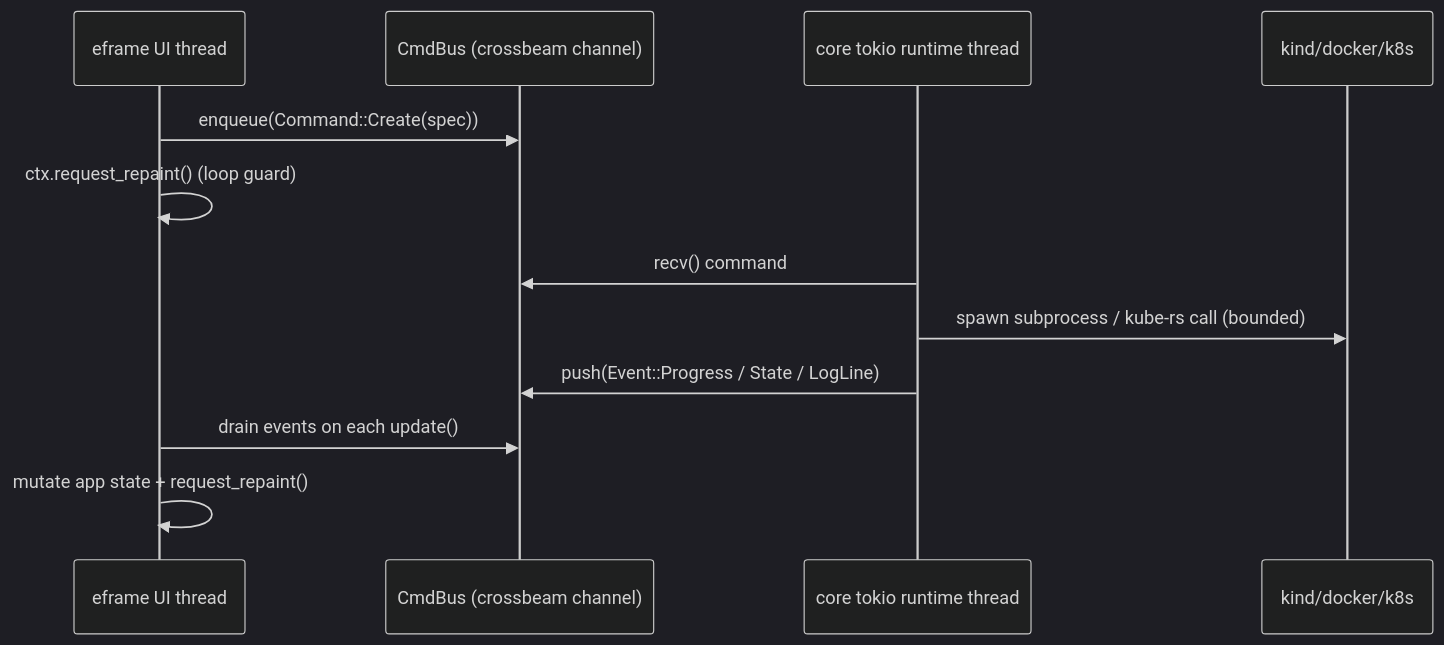
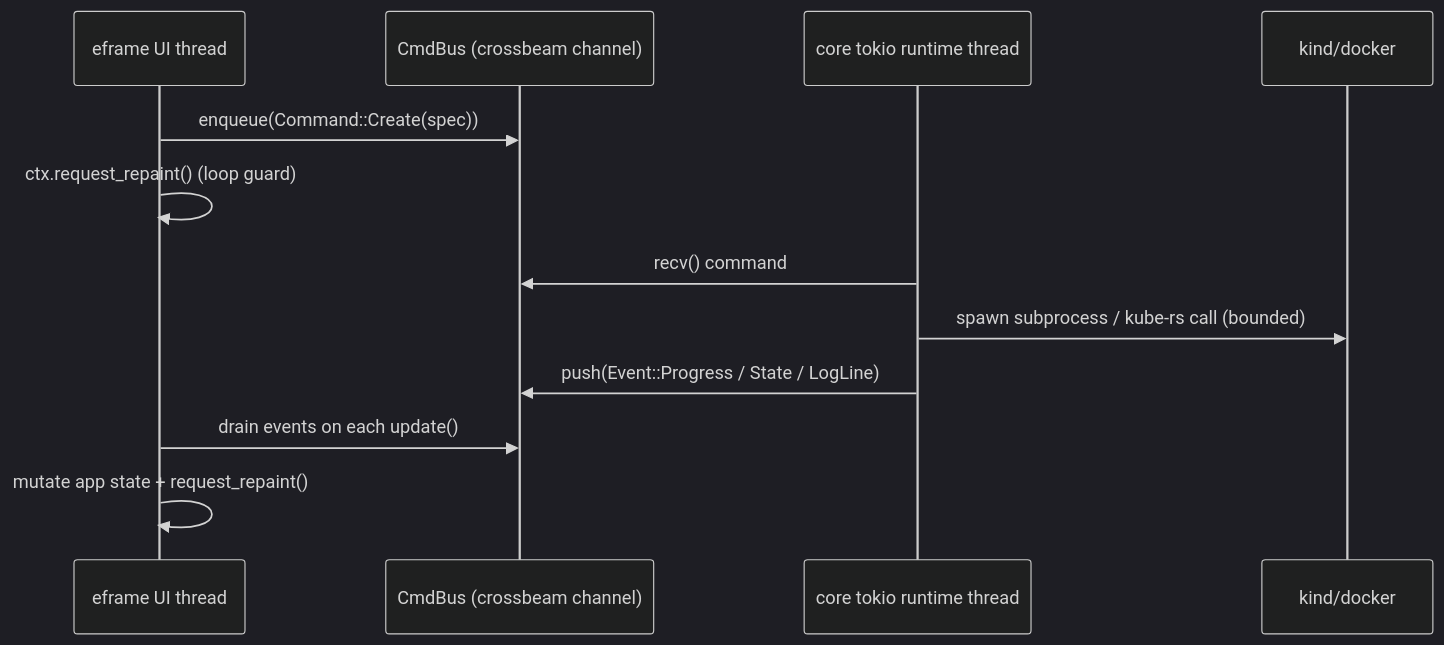
One commit to Orpere/kindboard changed the second of 2 diagrams in docs/architecture.md. Above: the diagram before and after it, drawn with Mermaid (dark theme). The commit also changed other lines of this file and 4 other files, not shown here.

````diff
--- a/docs/architecture.md
+++ b/docs/architecture.md
@@ -113,15 +158,15 @@
 ```mermaid
 sequenceDiagram
   participant UI as eframe UI thread
   participant Bus as CmdBus (crossbeam channel)
   participant RT as core tokio runtime thread
-  participant Ext as kind/docker/k8s
+  participant Ext as kind/docker
 
   UI->>Bus: enqueue(Command::Create(spec))
   UI->>UI: ctx.request_repaint() (loop guard)
   RT->>Bus: recv() command
   RT->>Ext: spawn subprocess / kube-rs call (bounded)
   RT->>Bus: push(Event::Progress / State / LogLine)
   UI->>Bus: drain events on each update()
   UI->>UI: mutate app state + request_repaint()
 ```
````
